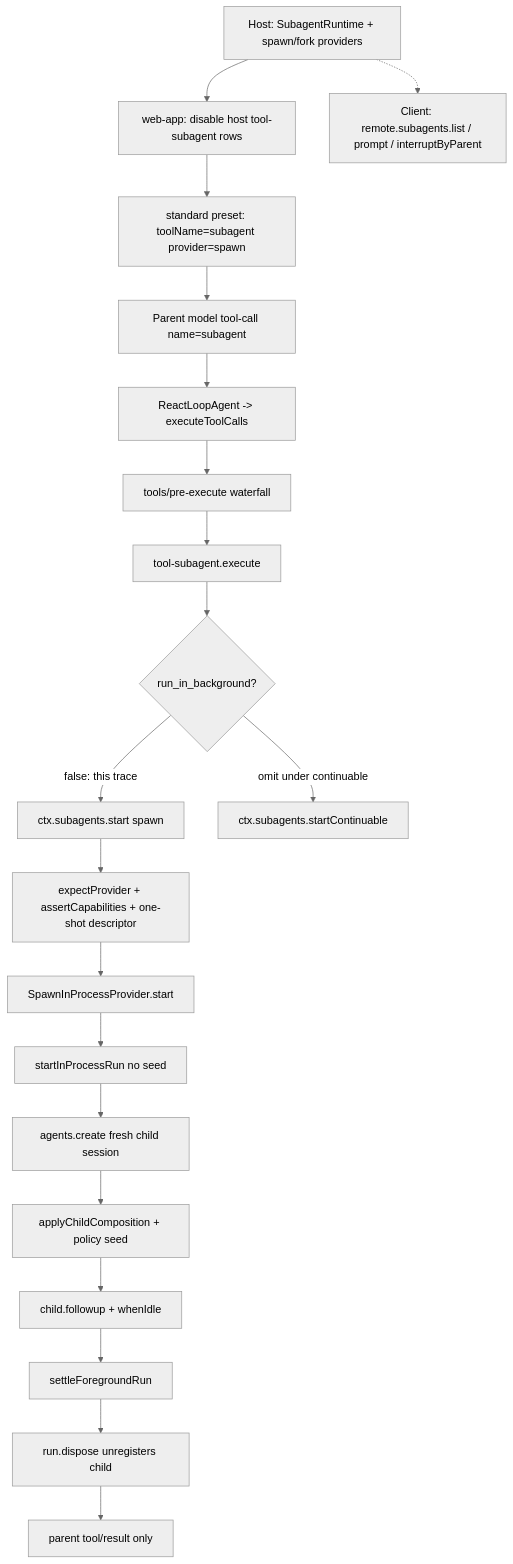
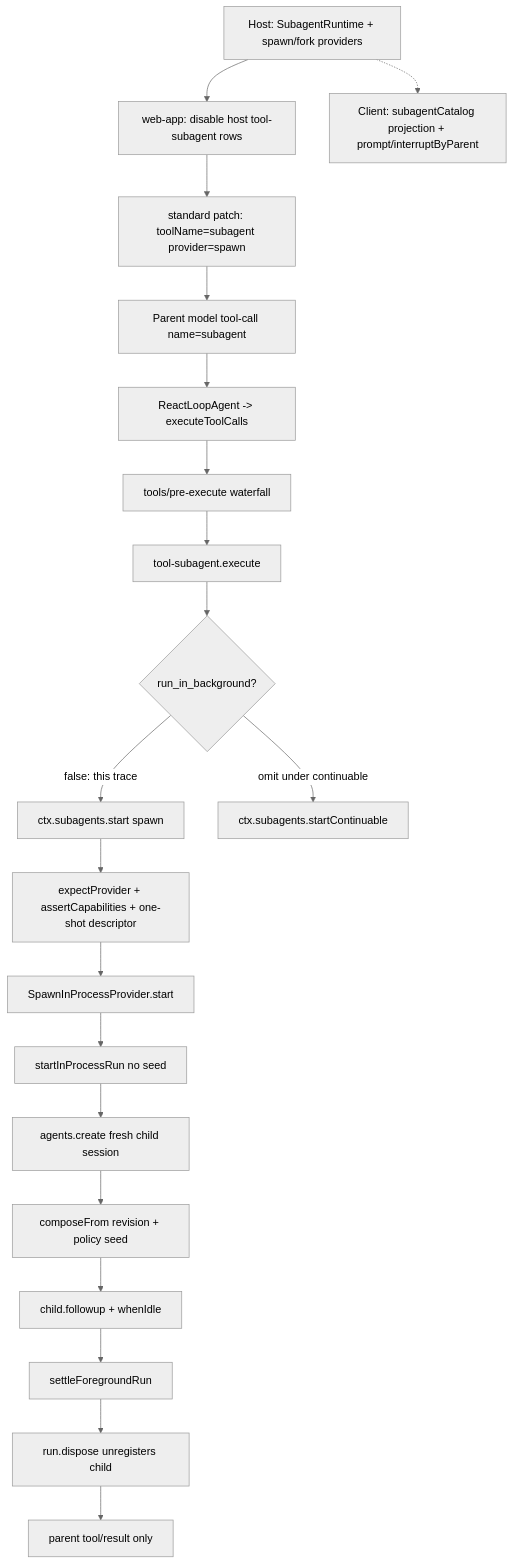
Before and after one commit to wdnmdtonyma/SOTA-Agent-LLM-Wiki: the diagram in docs/llm-wiki/deepseek-harness/spine/trace-subagent.md, drawn with Mermaid (neutral theme). The commit also changed other lines of this file and 237 other files, not shown here.

````diff
--- a/docs/llm-wiki/deepseek-harness/spine/trace-subagent.md
+++ b/docs/llm-wiki/deepseek-harness/spine/trace-subagent.md
@@ -53,29 +57,29 @@
 ```mermaid
 flowchart TD
   HostReg["Host: SubagentRuntime + spawn/fork providers"]
   WebDisable["web-app: disable host tool-subagent rows"]
-  PresetTool["standard preset: toolName=subagent provider=spawn"]
+  PresetTool["standard patch: toolName=subagent provider=spawn"]
   ModelCall["Parent model tool-call name=subagent"]
   LoopExec["ReactLoopAgent -> executeToolCalls"]
   PreExec["tools/pre-execute waterfall"]
   Body["tool-subagent.execute"]
   Route{"run_in_background?"}
   StartOne["ctx.subagents.start spawn"]
   StartCont["ctx.subagents.startContinuable"]
   Validate["expectProvider + assertCapabilities + one-shot descriptor"]
   SpawnStart["SpawnInProcessProvider.start"]
   Driver["startInProcessRun no seed"]
   Create["agents.create fresh child session"]
-  Setup["applyChildComposition + policy seed"]
+  Setup["composeFrom revision + policy seed"]
   Drive["child.followup + whenIdle"]
   Settle["settleForegroundRun"]
   Dispose["run.dispose unregisters child"]
   ParentRes["parent tool/result only"]
-  ClientObs["Client: remote.subagents.list / prompt / interruptByParent"]
+  ClientObs["Client: subagentCatalog projection + prompt/interruptByParent"]
 
   HostReg --> WebDisable --> PresetTool
   PresetTool --> ModelCall --> LoopExec --> PreExec --> Body --> Route
   Route -->|"false: this trace"| StartOne --> Validate --> SpawnStart --> Driver --> Create --> Setup --> Drive --> Settle --> Dispose --> ParentRes
   Route -->|"omit under continuable"| StartCont
   HostReg -.-> ClientObs
 ```
````
